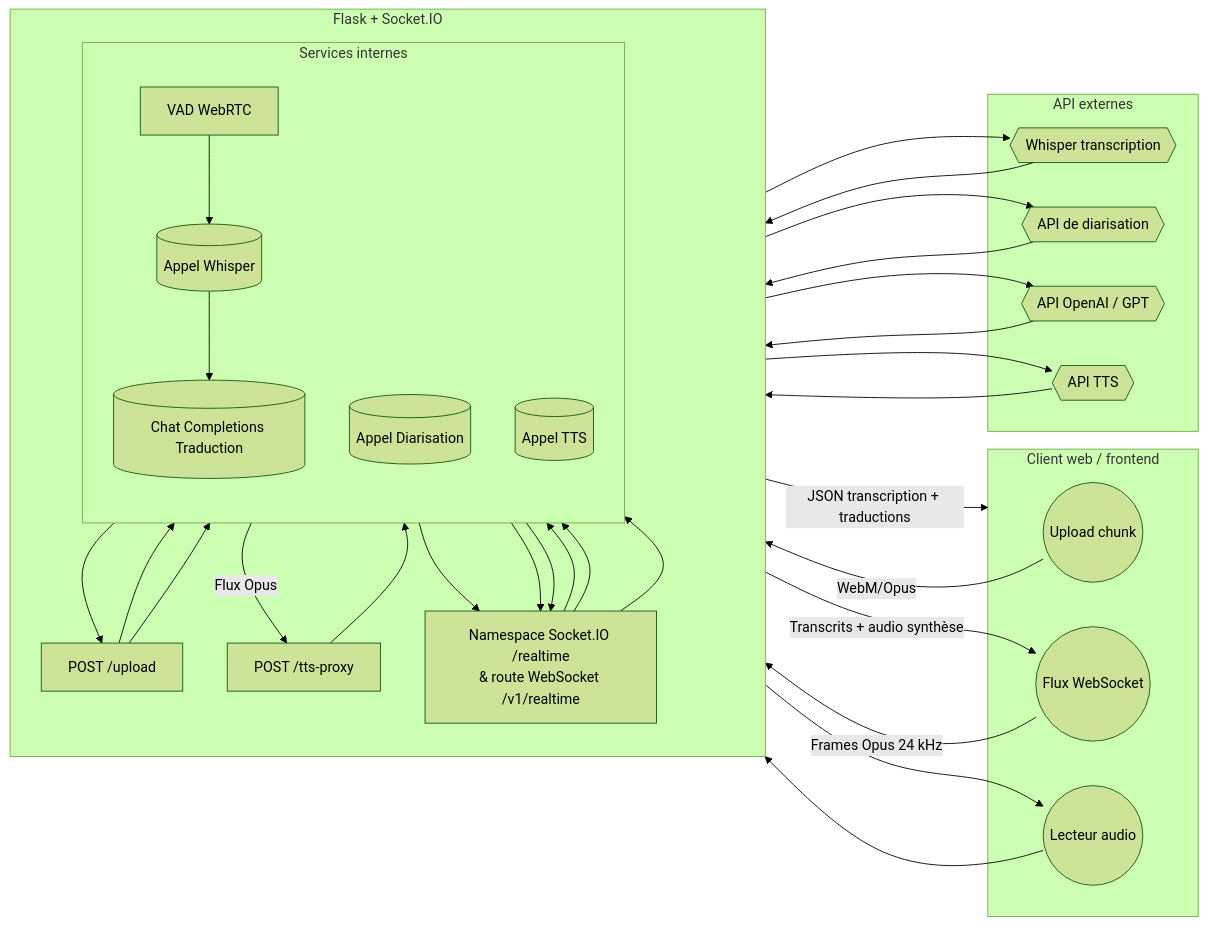
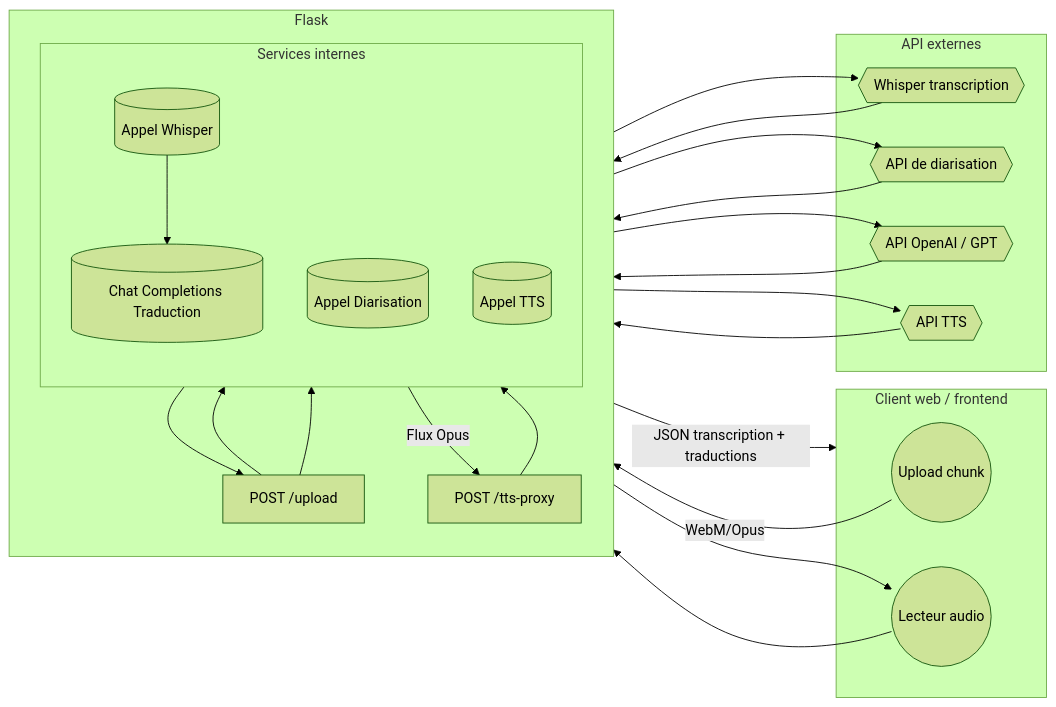
One commit to ynotopec/translate-rt changed the diagram in api-translate-rt/README.md. Above: the diagram before and after it, drawn with Mermaid (forest theme). The commit also changed other lines of this file and 2 other files, not shown here.

Commit message:
Remove realtime WebSocket endpoint

````diff
--- a/api-translate-rt/README.md
+++ b/api-translate-rt/README.md
@@ -7,60 +7,48 @@
 ```mermaid
 flowchart LR
     subgraph Client[Client web / frontend]
         Uploader((Upload chunk))
-        Streamer((Flux WebSocket))
         Player((Lecteur audio))
     end
 
-    subgraph Backend[Flask + Socket.IO]
+    subgraph Backend[Flask]
         direction TB
         UploadEndpoint["POST /upload"]
         TTSEndpoint["POST /tts-proxy"]
-        RealtimeNS["Namespace Socket.IO /realtime\n& route WebSocket /v1/realtime"]
 
         subgraph Services[Services internes]
             direction TB
-            VAD[VAD WebRTC]
             WhisperCall[(Appel Whisper)]
             DiarCall[(Appel Diarisation)]
             Translator[(Chat Completions Traduction)]
             TTSCall[(Appel TTS)]
         end
     end
 
     subgraph Providers[API externes]
         WhisperAPI{{Whisper transcription}}
         DiarAPI{{API de diarisation}}
         OpenAI{{API OpenAI / GPT}}
         TTSAPI{{API TTS}}
     end
 
     Uploader -->|WebM/Opus| UploadEndpoint
     UploadEndpoint --> WhisperCall
     UploadEndpoint --> DiarCall
     WhisperCall --> WhisperAPI
     DiarCall --> DiarAPI
     WhisperAPI --> WhisperCall
     DiarAPI --> DiarCall
     WhisperCall --> Translator
     Translator --> OpenAI
     OpenAI --> Translator
     Translator --> UploadEndpoint
     UploadEndpoint -->|JSON transcription + traductions| Client
 
     Player --> TTSEndpoint
     TTSEndpoint --> TTSCall
     TTSCall --> TTSAPI
     TTSAPI --> TTSCall
     TTSCall -->|Flux Opus| TTSEndpoint
     TTSEndpoint --> Player
-
-    Streamer -->|Frames Opus 24 kHz| RealtimeNS
-    RealtimeNS --> VAD
-    VAD --> WhisperCall
-    RealtimeNS --> Translator
-    RealtimeNS --> TTSCall
-    WhisperCall --> RealtimeNS
-    Translator --> RealtimeNS
-    TTSCall --> RealtimeNS -->|Transcrits + audio synthèse| Streamer
 ```
````
